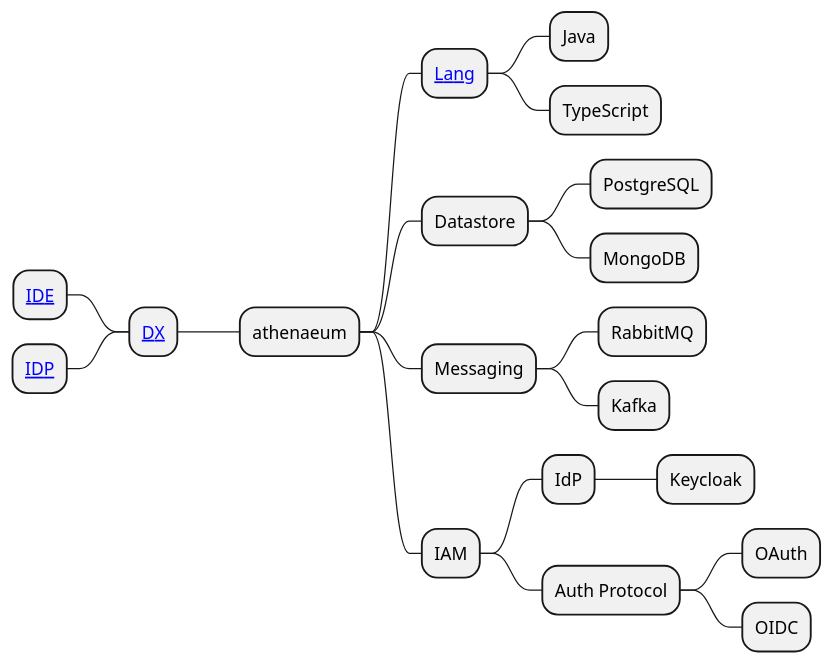
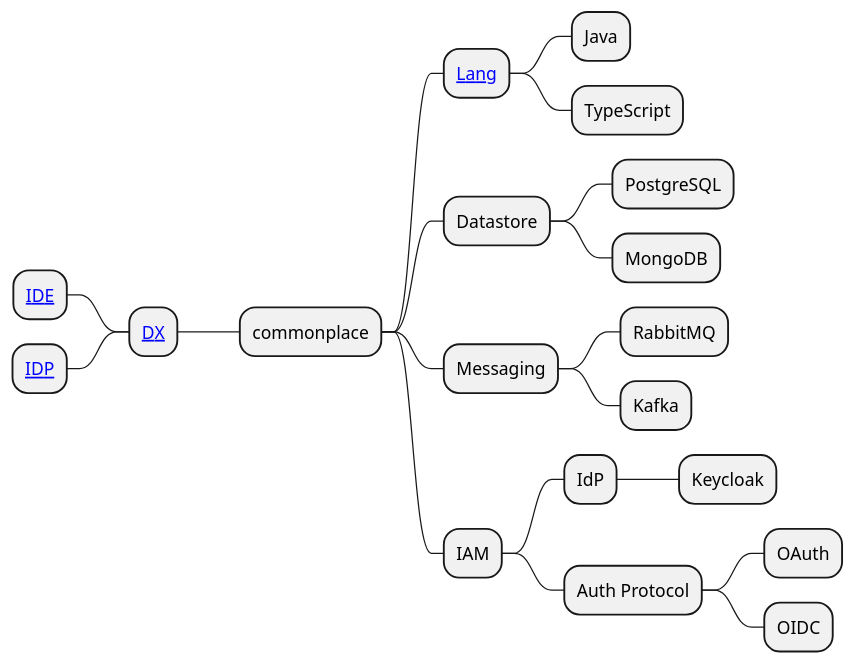
Before and after one commit to ityreh/athenaeum: the diagram in shared/assets/puml/overview.puml, drawn with PlantUML. The commit also changed 2 other files, not shown here.

Commit message:
refactor: rename athenaeum to commonplace

```diff
--- a/shared/assets/puml/overview.puml
+++ b/shared/assets/puml/overview.puml
@@ -1,21 +1,21 @@
 @startmindmap
-+ athenaeum
++ commonplace
 ++ [[http://plantuml.com{Programming Languages} Lang]]
 +++ Java
 +++ TypeScript
 ++ Datastore
 +++ PostgreSQL
 +++ MongoDB
 ++ Messaging
 +++ RabbitMQ
 +++ Kafka
 ++ IAM
 +++ IdP
 ++++ Keycloak
 +++ Auth Protocol
 ++++ OAuth
 ++++ OIDC
 -- [[http://plantuml.com{Developer Experience} DX]]
 --- [[http://plantuml.com{Integrated Developer Environment} IDE]]
 --- [[http://plantuml.com{Integrated Developer Portal} IDP]]
 @endmindmap
```
